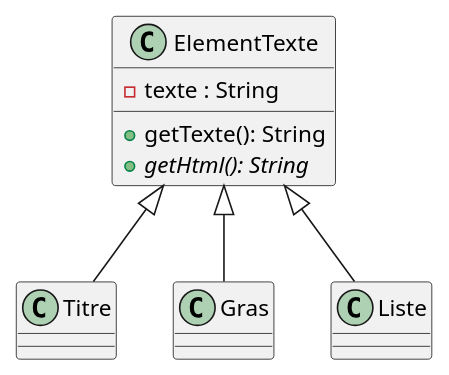
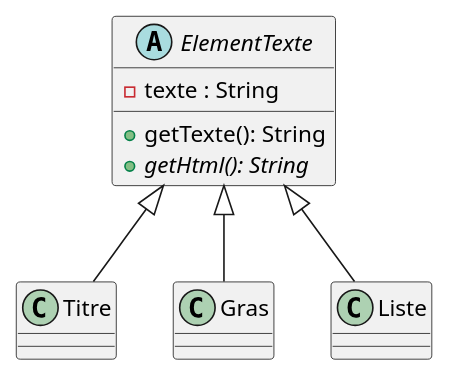
One commit to jandry/design-pattern changed the diagram in src/uml/visitor.puml. Above: the diagram before and after it, drawn with PlantUML.

```diff
--- a/src/uml/visitor.puml
+++ b/src/uml/visitor.puml
@@ -1,18 +1,18 @@
 @startuml Visitor
 
 class Titre
 class Gras
 class Liste
 
-class ElementTexte {
+abstract ElementTexte {
     - texte : String
     + getTexte(): String
     + {abstract} getHtml(): String
 }
 
 ElementTexte <|-- Liste
 ElementTexte <|-- Titre
 ElementTexte <|-- Gras
 
 
 @enduml
```
